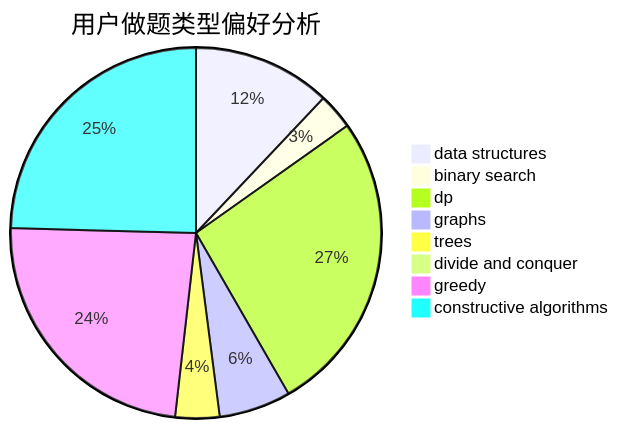
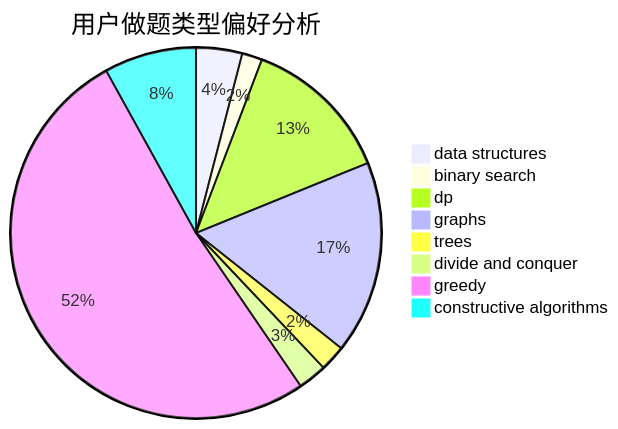
The second of 3 diagrams in docs/user/u2408.md (sherpahu/cfrs.github.io), drawn with Mermaid before and after one commit. The commit also changed other lines of this file and 2770 other files, not shown here.

````diff
--- a/docs/user/u2408.md
+++ b/docs/user/u2408.md
@@ -23,11 +23,11 @@
 ```mermaid
 pie title 用户做题类型偏好分析
-    "data structures" :  50
-    "binary search" :  13
-    "dp" :  110
-    "graphs" :  26
-    "trees" :  16
-    "divide and conquer" :  0
-    "greedy" :  98
-    "constructive algorithms" :  102
+    "data structures" :  16
+    "binary search" :  7
+    "dp" :  52
+    "graphs" :  67
+    "trees" :  9
+    "divide and conquer" :  10
+    "greedy" :  205
+    "constructive algorithms" :  32
 ```
````
